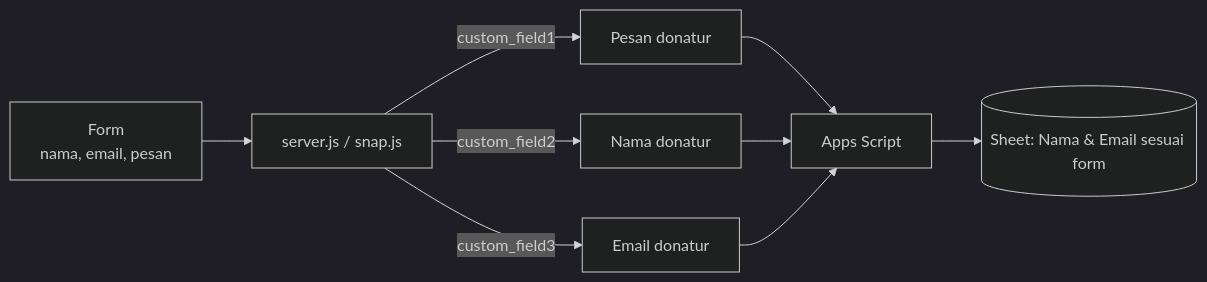
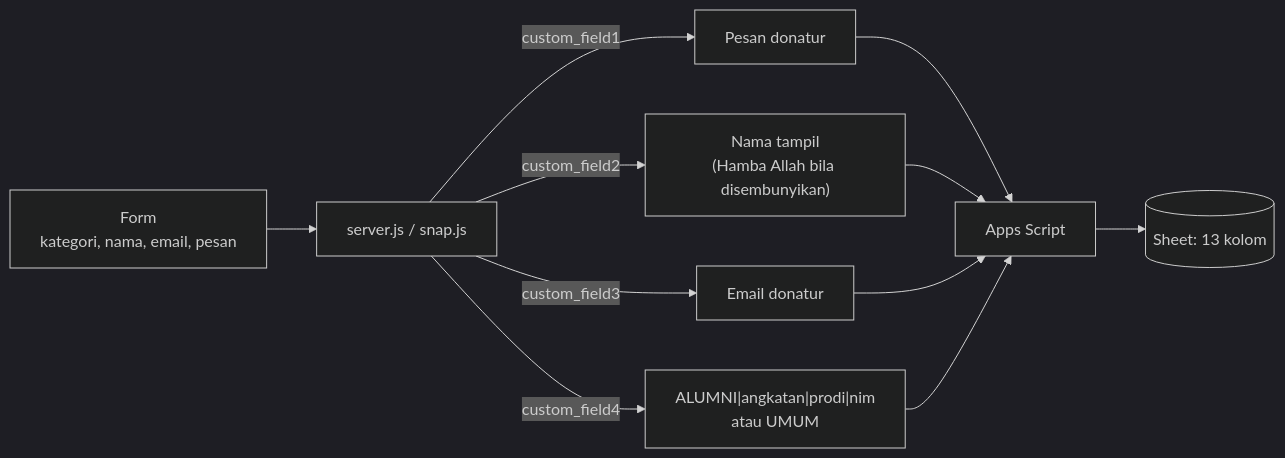
One commit to madgeer/portal-beasiswa-ika changed the fourth of 6 diagrams in README.md. Above: the diagram before and after it, drawn with Mermaid (dark theme). The commit also changed other lines of this file and 13 other files, not shown here.

Commit message:
Redesign minimalis, progress kampanye, dan kolom angkatan/prodi

````diff
--- a/README.md
+++ b/README.md
@@ -96,11 +97,13 @@
 ```mermaid
 flowchart LR
-    A["Form<br/>nama, email, pesan"] --> B["server.js / snap.js"]
+    A["Form<br/>kategori, nama, email, pesan"] --> B["server.js / snap.js"]
     B -->|"custom_field1"| C["Pesan donatur"]
-    B -->|"custom_field2"| D["Nama donatur"]
+    B -->|"custom_field2"| D["Nama tampil<br/>(Hamba Allah bila disembunyikan)"]
     B -->|"custom_field3"| E["Email donatur"]
+    B -->|"custom_field4"| H["ALUMNI|angkatan|prodi|nim<br/>atau UMUM"]
     C --> F["Apps Script"]
     D --> F
     E --> F
-    F --> G[("Sheet: Nama & Email sesuai form")]
+    H --> F
+    F --> G[("Sheet: 13 kolom")]
 ```
````
